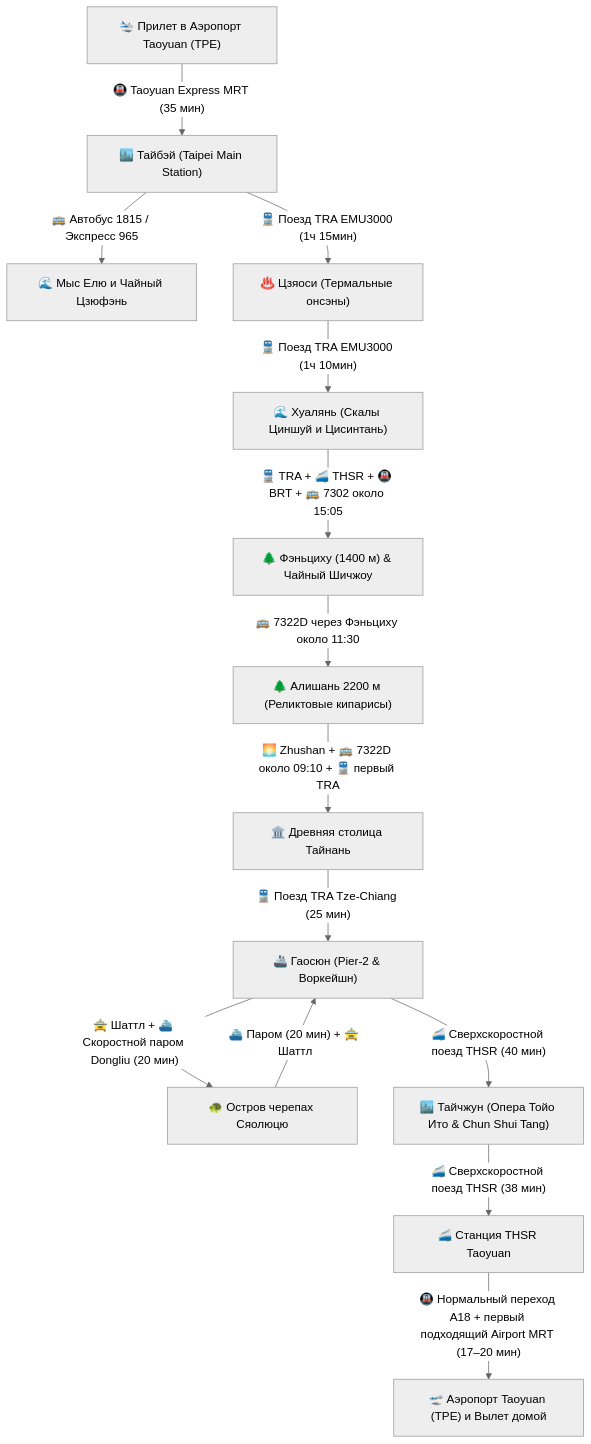
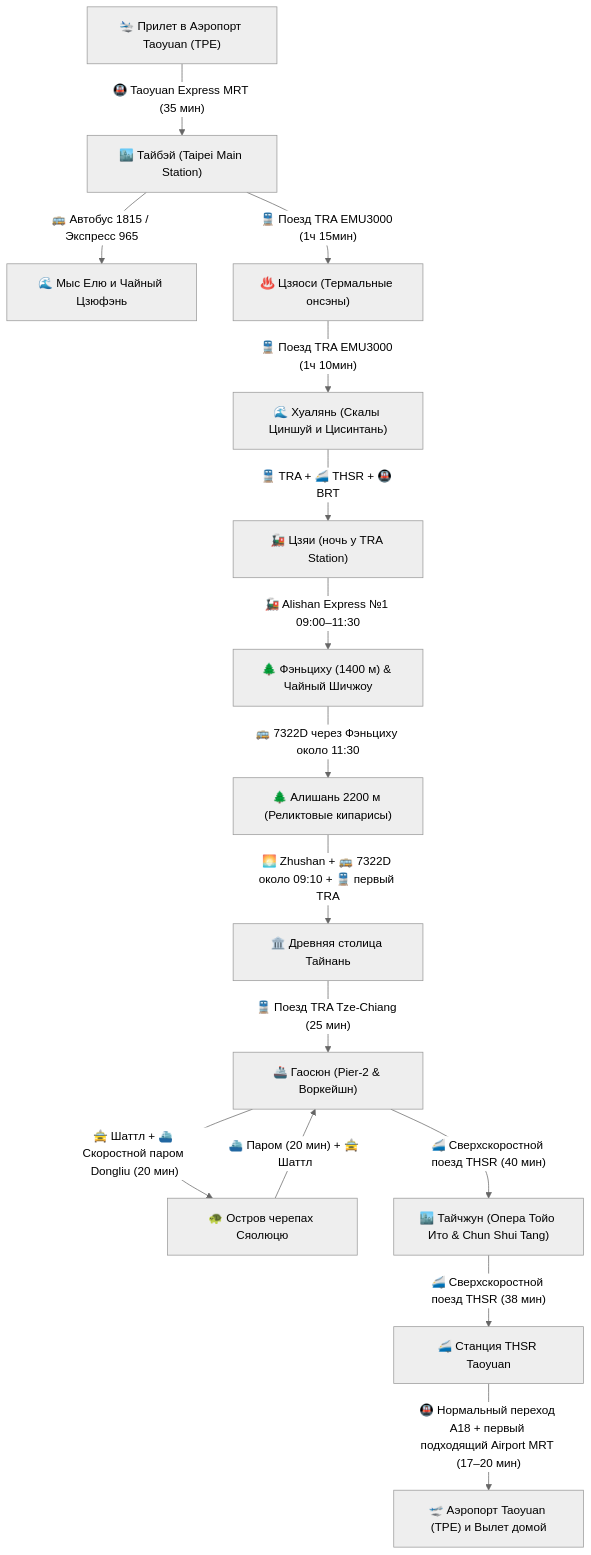
The diagram in Personal Note/Travel/-- Taiwan/03 - Бронирования/Транспорт.md (injurka/obsidian-mark), drawn with Mermaid (neutral theme) before and after one commit. The commit also changed other lines of this file and 50 other files, not shown here.

````diff
--- a/Personal Note/Travel/-- Taiwan/03 - Бронирования/Транспорт.md
+++ b/Personal Note/Travel/-- Taiwan/03 - Бронирования/Транспорт.md
@@ -9,16 +9,17 @@
 ```mermaid
 flowchart TD
     A["🛬 Прилет в Аэропорт Taoyuan (TPE)"] -->|"🚇 Taoyuan Express MRT (35 мин)"| B["🏙️ Тайбэй (Taipei Main Station)"]
     B -->|"🚌 Автобус 1815 / Экспресс 965"| C["🌊 Мыс Елю и Чайный Цзюфэнь"]
     B -->|"🚆 Поезд TRA EMU3000 (1ч 15мин)"| D["♨️ Цзяоси (Термальные онсэны)"]
     D -->|"🚆 Поезд TRA EMU3000 (1ч 10мин)"| E["🌊 Хуалянь (Скалы Циншуй и Цисинтань)"]
-    E -->|"🚆 TRA + 🚄 THSR + 🚇 BRT + 🚌 7302 около 15:05"| F1["🌲 Фэньциху (1400 м) & Чайный Шичжоу"]
+    E -->|"🚆 TRA + 🚄 THSR + 🚇 BRT"| F0["🚂 Цзяи (ночь у TRA Station)"]
+    F0 -->|"🚂 Alishan Express №1 09:00–11:30"| F1["🌲 Фэньциху (1400 м) & Чайный Шичжоу"]
     F1 -->|"🚌 7322D через Фэньциху около 11:30"| G["🌲 Алишань 2200 м (Реликтовые кипарисы)"]
     G -->|"🌅 Zhushan + 🚌 7322D около 09:10 + 🚆 первый TRA"| H["🏛️ Древняя столица Тайнань"]
     H -->|"🚆 Поезд TRA Tze-Chiang (25 мин)"| I["🚢 Гаосюн (Pier-2 & Воркейшн)"]
     I -->|"🚖 Шаттл + ⛴️ Скоростной паром Dongliu (20 мин)"| J["🐢 Остров черепах Сяолюцю"]
     J -->|"⛴️ Паром (20 мин) + 🚖 Шаттл"| I
     I -->|"🚄 Сверхскоростной поезд THSR (40 мин)"| K["🏙️ Тайчжун (Опера Тойо Ито & Chun Shui Tang)"]
     K -->|"🚄 Сверхскоростной поезд THSR (38 мин)"| L["🚄 Станция THSR Taoyuan"]
     L -->|"🚇 Нормальный переход A18 + первый подходящий Airport MRT (17–20 мин)"| M["🛫 Аэропорт Taoyuan (TPE) и Вылет домой"]
 ```
````
